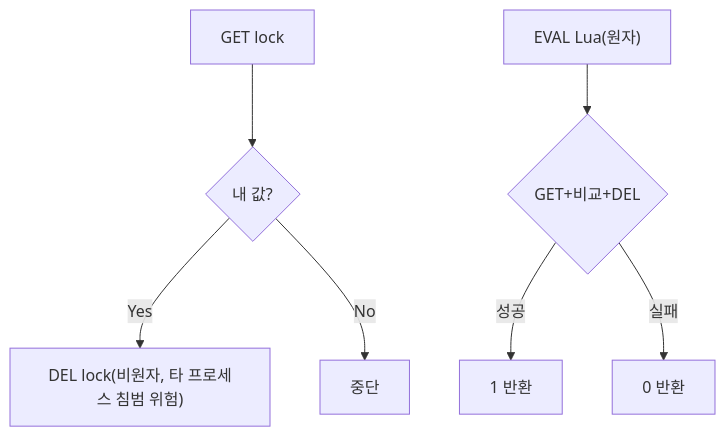
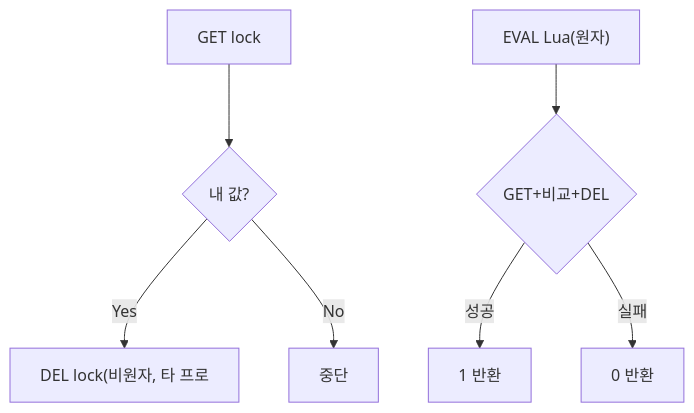
One commit to yjkim2015/yjkim2015.github.io changed the third of 15 diagrams in _posts/redis/2026-05-01-redis-distributed-lock.md. Above: the diagram before and after it, drawn with Mermaid. The commit also changed 271 other files, not shown here.

First line of the commit message:
Mermaid 라벨 축소: 긴 노드 텍스트 18자 이하로 트림 + \n 제거

````diff
--- a/_posts/redis/2026-05-01-redis-distributed-lock.md
+++ b/_posts/redis/2026-05-01-redis-distributed-lock.md
@@ -124,9 +124,9 @@
 ```mermaid
 flowchart TD
     A1["GET lock"] --> A2{"내 값?"}
-    A2 -->|Yes| A3["DEL lock(비원자, 타 프로세스 침범 위험)"]
+    A2 -->|Yes| A3["DEL lock(비원자, 타 프로"]
     A2 -->|No| A4["중단"]
     B1["EVAL Lua(원자)"] --> B2{"GET+비교+DEL"}
     B2 -->|성공| B3["1 반환"]
     B2 -->|실패| B4["0 반환"]
 ```
````
